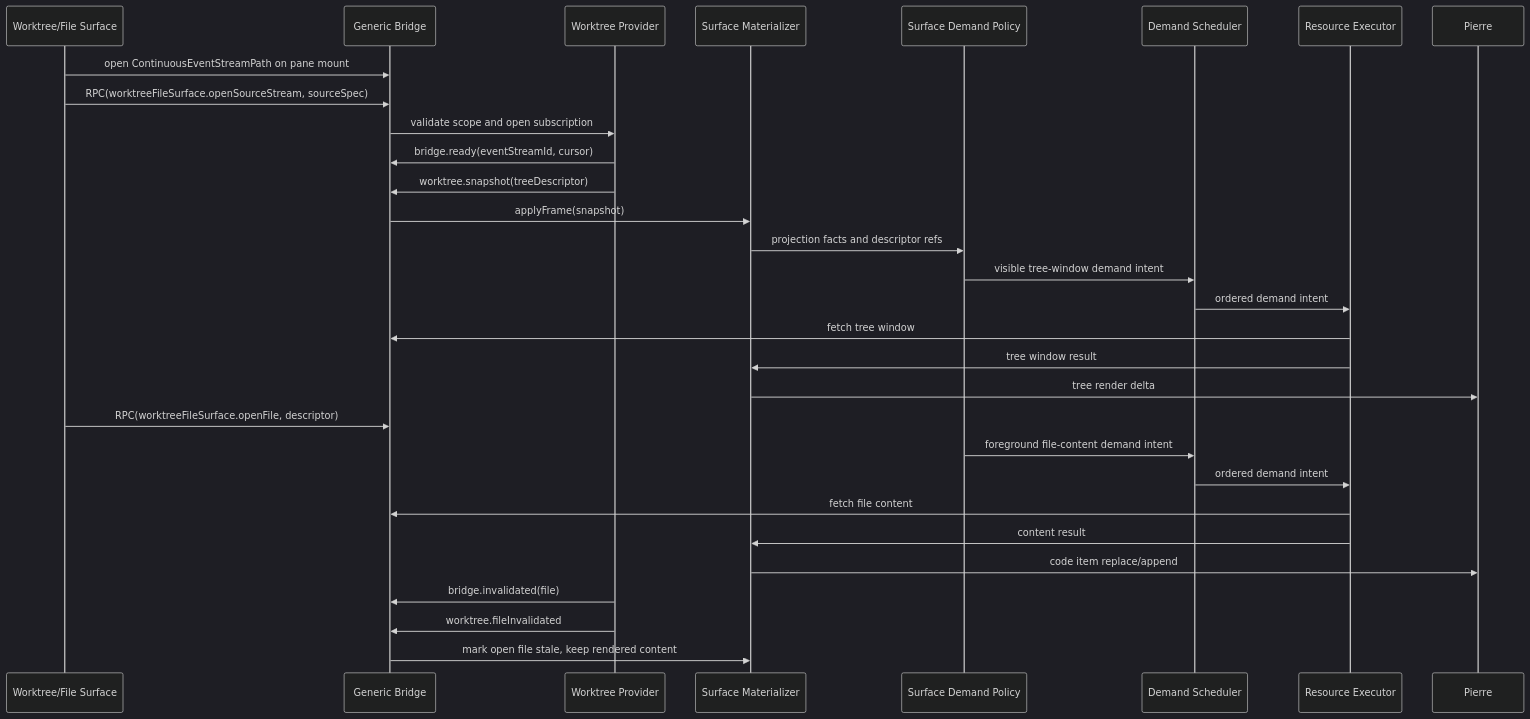
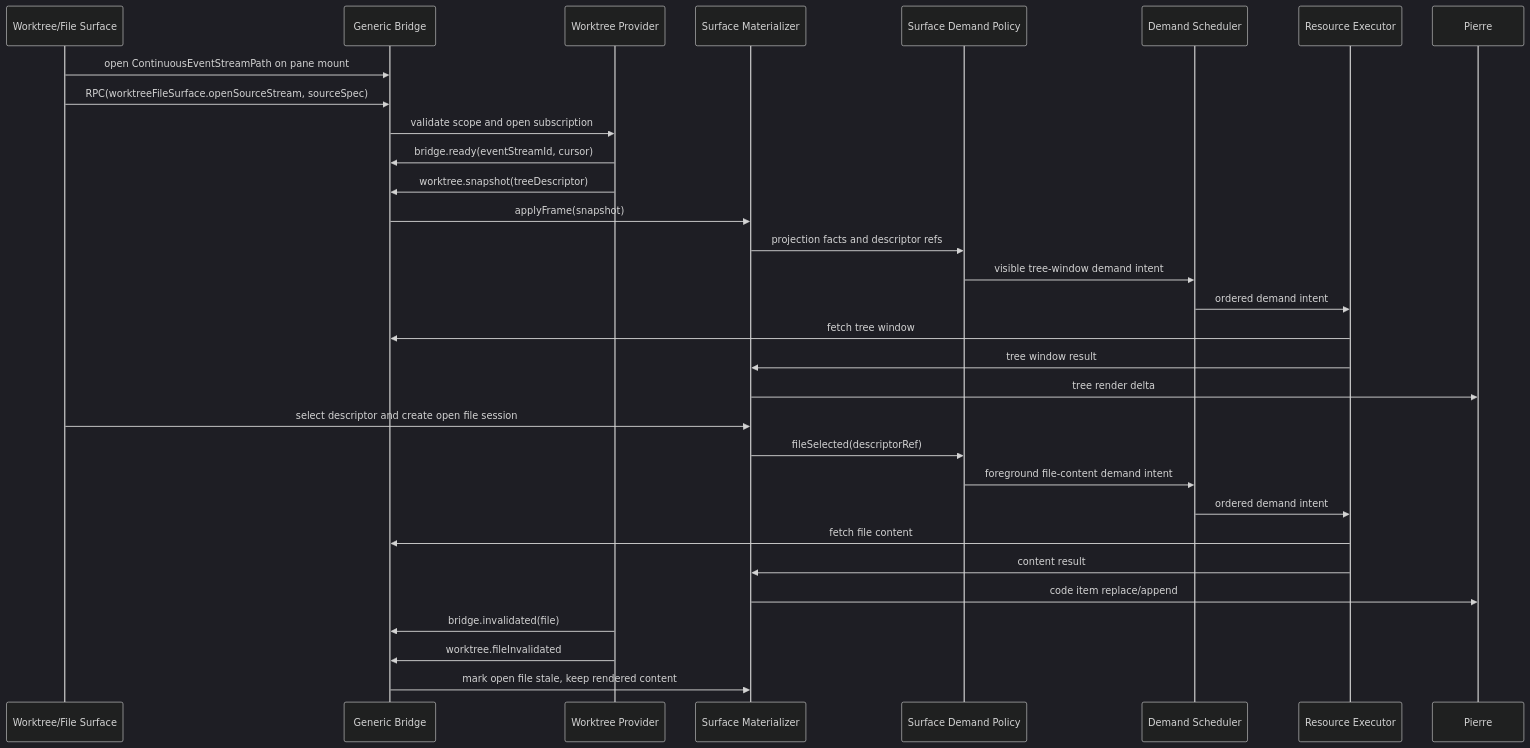
Before and after one commit to ShravanSunder/agentstudio: the second of 2 diagrams in tmp/spec-workflows/2026-06-22-bridge-transport-streaming-spec/worktree-file-surface-protocol.md, drawn with Mermaid (dark theme). The commit also changed other lines of this file and 4 other files, not shown here.

````diff
--- a/tmp/spec-workflows/2026-06-22-bridge-transport-streaming-spec/worktree-file-surface-protocol.md
+++ b/tmp/spec-workflows/2026-06-22-bridge-transport-streaming-spec/worktree-file-surface-protocol.md
@@ -426,33 +470,34 @@
 ```mermaid
 sequenceDiagram
   participant Browser as Worktree/File Surface
   participant Bridge as Generic Bridge
   participant Provider as Worktree Provider
   participant Mat as Surface Materializer
   participant Policy as Surface Demand Policy
   participant Sched as Demand Scheduler
   participant Exec as Resource Executor
   participant Pierre as Pierre
 
   Browser->>Bridge: open ContinuousEventStreamPath on pane mount
   Browser->>Bridge: RPC(worktreeFileSurface.openSourceStream, sourceSpec)
   Bridge->>Provider: validate scope and open subscription
   Provider->>Bridge: bridge.ready(eventStreamId, cursor)
   Provider->>Bridge: worktree.snapshot(treeDescriptor)
   Bridge->>Mat: applyFrame(snapshot)
   Mat->>Policy: projection facts and descriptor refs
   Policy->>Sched: visible tree-window demand intent
   Sched->>Exec: ordered demand intent
   Exec->>Bridge: fetch tree window
   Exec->>Mat: tree window result
   Mat->>Pierre: tree render delta
-  Browser->>Bridge: RPC(worktreeFileSurface.openFile, descriptor)
+  Browser->>Mat: select descriptor and create open file session
+  Mat->>Policy: fileSelected(descriptorRef)
   Policy->>Sched: foreground file-content demand intent
   Sched->>Exec: ordered demand intent
   Exec->>Bridge: fetch file content
   Exec->>Mat: content result
   Mat->>Pierre: code item replace/append
   Provider->>Bridge: bridge.invalidated(file)
   Provider->>Bridge: worktree.fileInvalidated
   Bridge->>Mat: mark open file stale, keep rendered content
 ```
````
